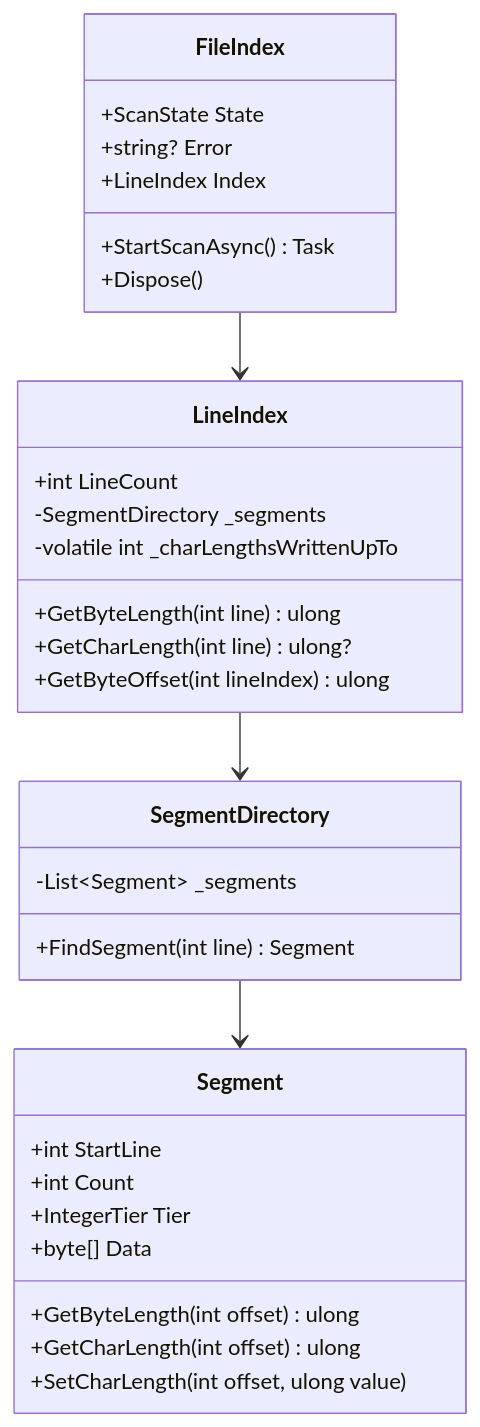
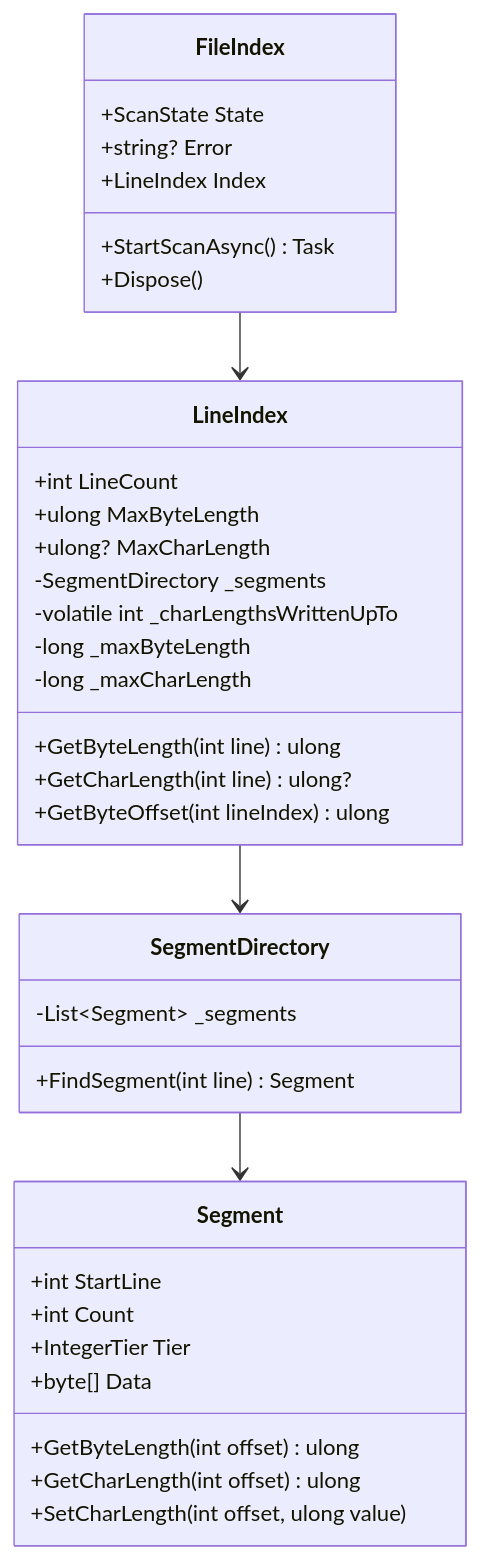
Before and after one commit to HerrDmitry/TextViewer: the third of 3 diagrams in .kiro/specs/_global/design-file-index.md, drawn with Mermaid. The commit also changed other lines of this file and 9 other files, not shown here.

First line of the commit message:
fix: cache MaxByteLength/MaxCharLength in LineIndex during scan

````diff
--- a/.kiro/specs/_global/design-file-index.md
+++ b/.kiro/specs/_global/design-file-index.md
@@ -66,34 +66,38 @@
 ```mermaid
 classDiagram
     class FileIndex {
         +ScanState State
         +string? Error
         +LineIndex Index
         +StartScanAsync() Task
         +Dispose()
     }
     class LineIndex {
         +int LineCount
+        +ulong MaxByteLength
+        +ulong? MaxCharLength
         +GetByteLength(int line) ulong
         +GetCharLength(int line) ulong?
         +GetByteOffset(int lineIndex) ulong
         -SegmentDirectory _segments
         -volatile int _charLengthsWrittenUpTo
+        -long _maxByteLength
+        -long _maxCharLength
     }
     class SegmentDirectory {
         +FindSegment(int line) Segment
         -List~Segment~ _segments
     }
     class Segment {
         +int StartLine
         +int Count
         +IntegerTier Tier
         +byte[] Data
         +GetByteLength(int offset) ulong
         +GetCharLength(int offset) ulong
         +SetCharLength(int offset, ulong value)
     }
     FileIndex --> LineIndex
     LineIndex --> SegmentDirectory
     SegmentDirectory --> Segment
 ```
````
